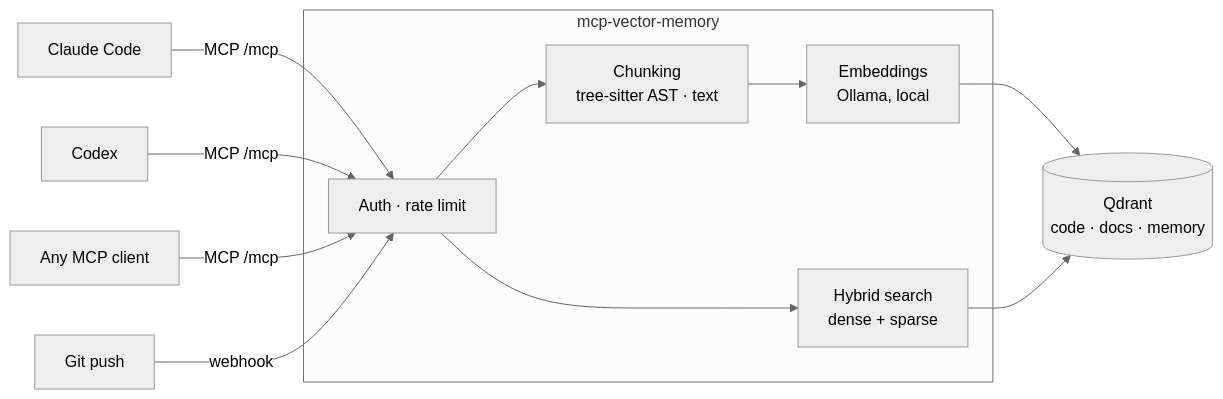
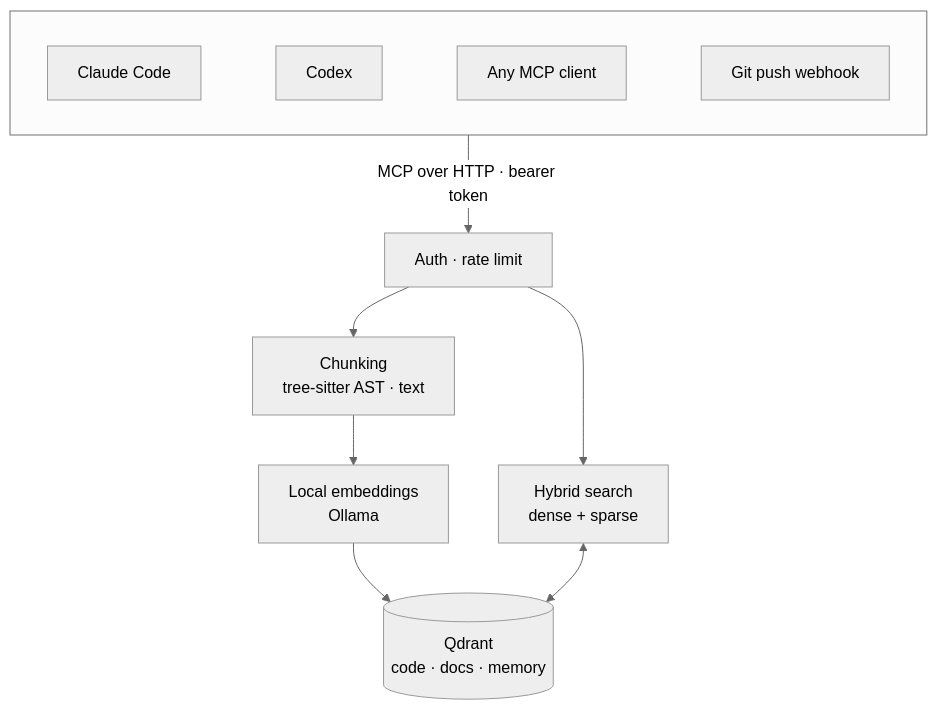
The diagram in README.md (BBerthod/mcp-vector-memory), drawn with Mermaid (neutral theme) before and after one commit.

Commit message:
Snapshot du 2026-10-07

````diff
--- a/README.md
+++ b/README.md
@@ -21,14 +21,12 @@
 ```mermaid
-flowchart LR
-    A1[Claude Code] -->|MCP /mcp| S
-    A2[Codex] -->|MCP /mcp| S
-    A3[Any MCP client] -->|MCP /mcp| S
-    G[Git push] -->|webhook| S
-    subgraph Server [mcp-vector-memory]
-        S[Auth · rate limit] --> C[Chunking<br/>tree-sitter AST · text]
-        C --> E[Embeddings<br/>Ollama, local]
-        S --> R[Hybrid search<br/>dense + sparse]
+flowchart TB
+    subgraph Clients[" "]
+        direction LR
+        A1[Claude Code] ~~~ A2[Codex] ~~~ A3[Any MCP client] ~~~ G[Git push webhook]
     end
+    Clients -->|MCP over HTTP · bearer token| S[Auth · rate limit]
+    S --> C[Chunking<br/>tree-sitter AST · text] --> E[Local embeddings<br/>Ollama]
+    S --> R[Hybrid search<br/>dense + sparse]
     E --> Q[(Qdrant<br/>code · docs · memory)]
-    R --> Q
+    R <--> Q
 ```
````
